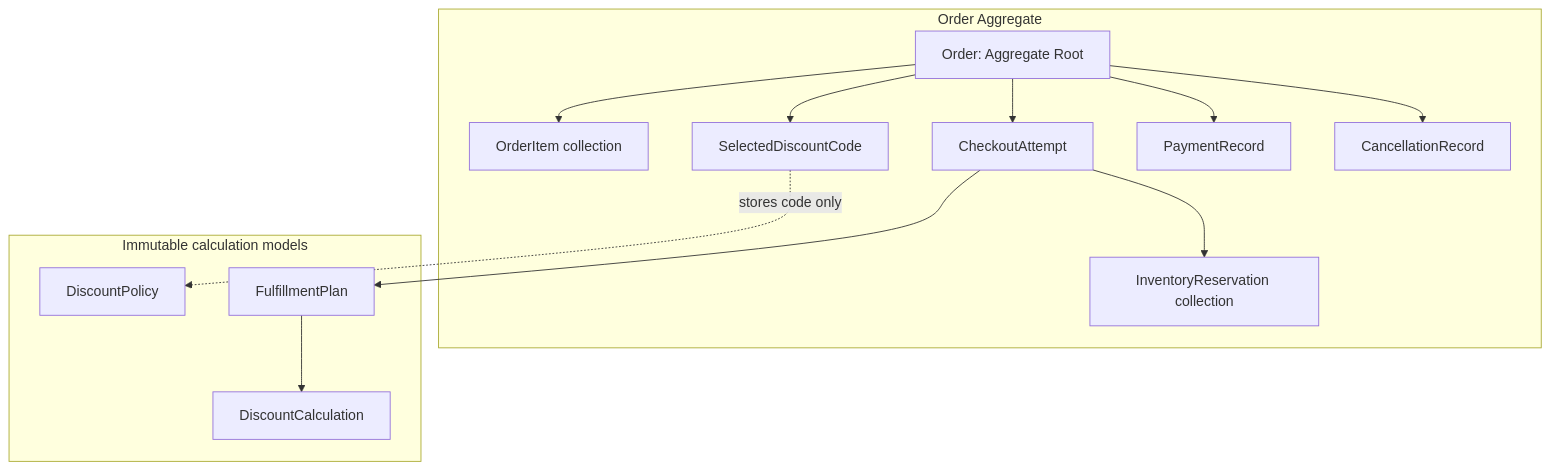
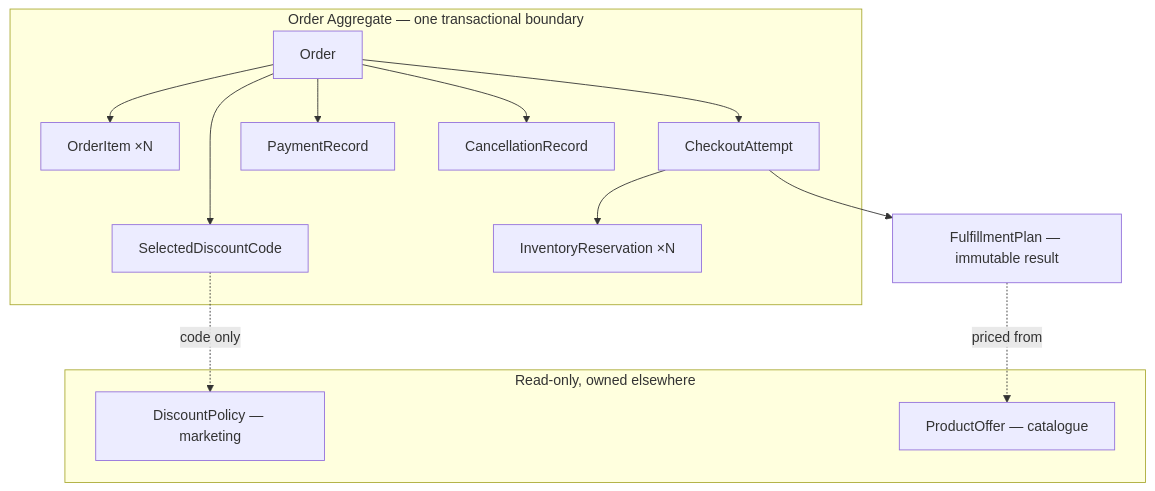
One commit to erfanehsrchl/MarketplaceOrdering changed the second of 8 diagrams in README.md. Above: the diagram before and after it, drawn with Mermaid. The commit also changed other lines of this file and 65 other files, not shown here.

First line of the commit message:
feat: Enhance inventory reservation service and add resolve functionality

````diff
--- a/README.md
+++ b/README.md
@@ -156,29 +166,28 @@
 ```mermaid
 flowchart TD
-    subgraph AGG["Order Aggregate"]
-        ORDER["Order: Aggregate Root"]
-        ITEMS["OrderItem collection"]
+    subgraph AGG["Order Aggregate — one transactional boundary"]
+        ORDER["Order"]
+        ITEMS["OrderItem ×N"]
         SELECTED["SelectedDiscountCode"]
         ATTEMPT["CheckoutAttempt"]
-        RESERVATIONS["InventoryReservation collection"]
+        RESERVATIONS["InventoryReservation ×N"]
         PAYMENT["PaymentRecord"]
         CANCELLATION["CancellationRecord"]
-
         ORDER --> ITEMS
         ORDER --> SELECTED
         ORDER --> ATTEMPT
         ATTEMPT --> RESERVATIONS
         ORDER --> PAYMENT
         ORDER --> CANCELLATION
     end
 
-    subgraph CALC["Immutable calculation models"]
-        POLICY["DiscountPolicy"]
-        CALCULATION["DiscountCalculation"]
-        PLAN["FulfillmentPlan"]
+    subgraph OUTSIDE["Read-only, owned elsewhere"]
+        POLICY["DiscountPolicy — marketing"]
+        OFFER["ProductOffer — catalogue"]
     end
 
+    PLAN["FulfillmentPlan — immutable result"]
     ATTEMPT --> PLAN
-    PLAN --> CALCULATION
-    SELECTED -. stores code only .-> POLICY
+    SELECTED -. code only .-> POLICY
+    PLAN -. priced from .-> OFFER
 ```
````
